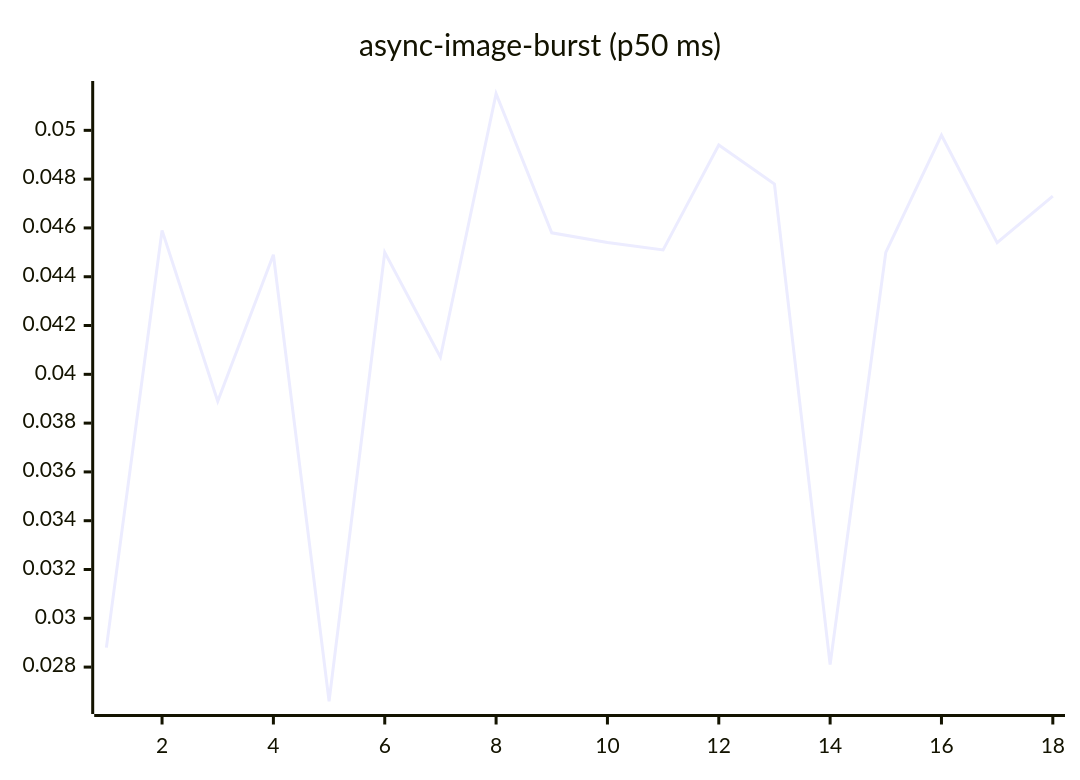
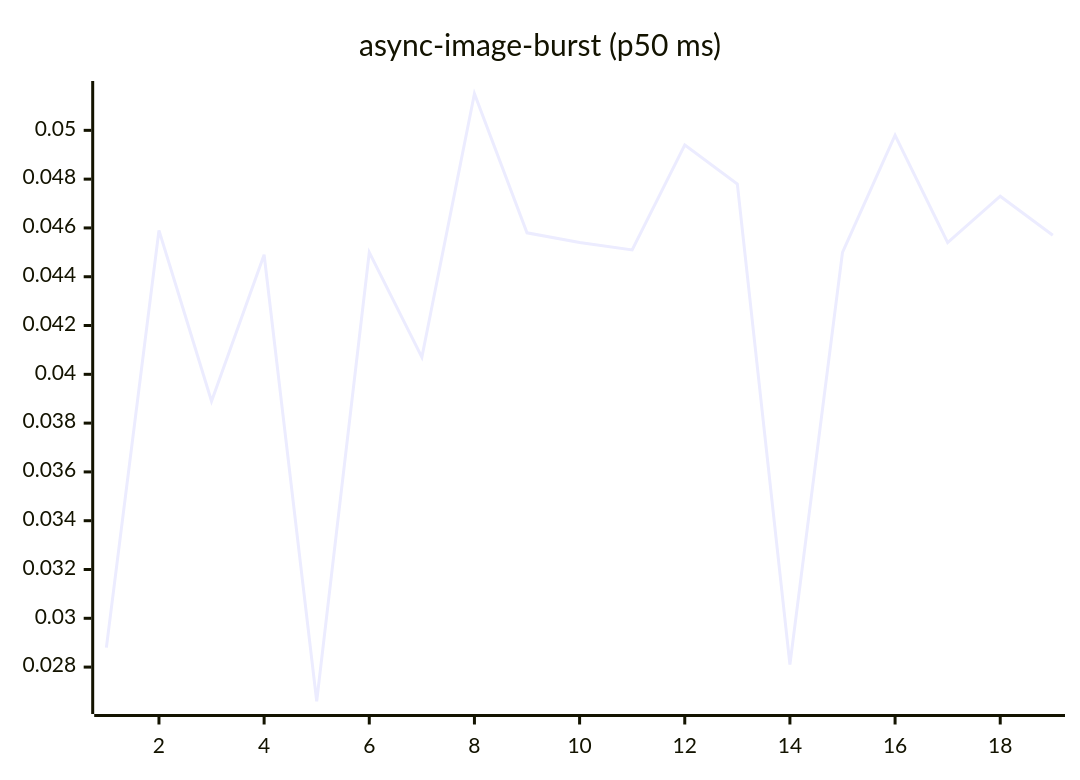
The fourth of 27 diagrams in README.md (josha/Facet), drawn with Mermaid before and after one commit. The commit also changed other lines of this file and 2 other files, not shown here.

````diff
--- a/README.md
+++ b/README.md
@@ -84,6 +84,6 @@
 ```mermaid
 xychart-beta
     title "async-image-burst (p50 ms)"
-    x-axis 1 --> 18
-    line [0.0288, 0.0459, 0.0389, 0.0449, 0.0266, 0.0450, 0.0407, 0.0515, 0.0458, 0.0454, 0.0451, 0.0494, 0.0478, 0.0281, 0.0450, 0.0498, 0.0454, 0.0473]
+    x-axis 1 --> 19
+    line [0.0288, 0.0459, 0.0389, 0.0449, 0.0266, 0.0450, 0.0407, 0.0515, 0.0458, 0.0454, 0.0451, 0.0494, 0.0478, 0.0281, 0.0450, 0.0498, 0.0454, 0.0473, 0.0457]
 ```
````
